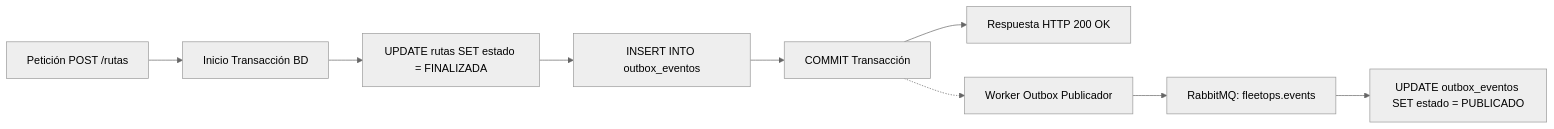
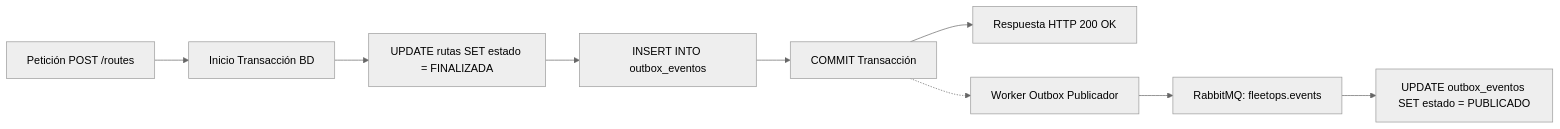
One commit to FleetOpsProyect/grupo_06_Telemetria changed the diagram in docs/03_documento_arquitectura_software_das.md. Above: the diagram before and after it, drawn with Mermaid (neutral theme). The commit also changed other lines of this file and 9 other files, not shown here.

````diff
--- a/docs/03_documento_arquitectura_software_das.md
+++ b/docs/03_documento_arquitectura_software_das.md
@@ -82,11 +82,11 @@
 ```mermaid
 flowchart LR
-    A[Petición POST /rutas] --> B[Inicio Transacción BD]
+    A[Petición POST /routes] --> B[Inicio Transacción BD]
     B --> C[UPDATE rutas SET estado = FINALIZADA]
     C --> D[INSERT INTO outbox_eventos]
     D --> E[COMMIT Transacción]
     E --> F[Respuesta HTTP 200 OK]
     E -.-> G[Worker Outbox Publicador]
     G --> H[RabbitMQ: fleetops.events]
     H --> I[UPDATE outbox_eventos SET estado = PUBLICADO]
 ```
````
